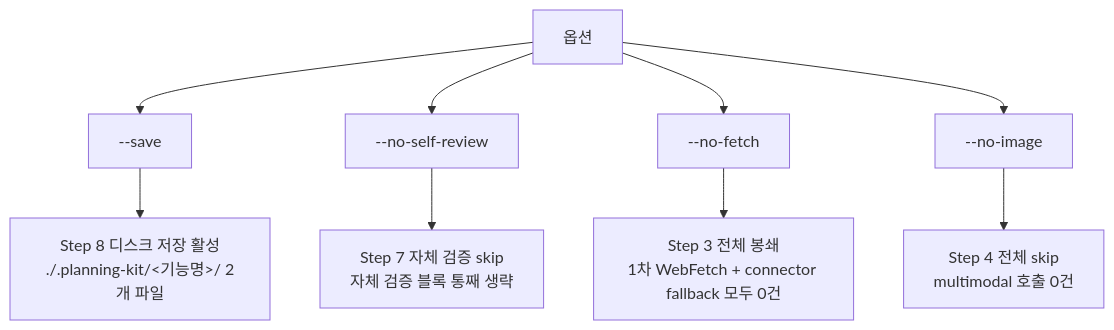
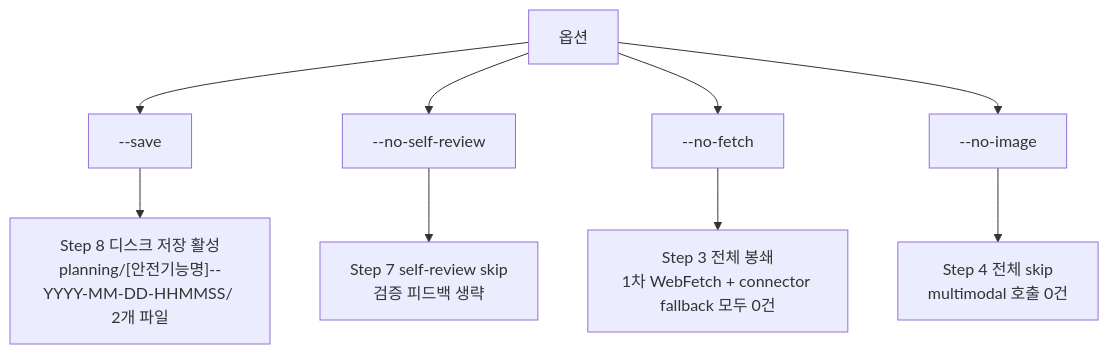
Diagram 11 of 11 in planning-kit/docs/planning-format-workflow.md (inkwonjung-colosseum/plugins), drawn with Mermaid before and after one commit. The commit also changed other lines of this file and 24 other files, not shown here.

Commit message:
chore: release planning-kit 0.2.9

````diff
--- a/planning-kit/docs/planning-format-workflow.md
+++ b/planning-kit/docs/planning-format-workflow.md
@@ -305,12 +306,12 @@
 ```mermaid
 flowchart TD
   OPT[옵션] --> O1[--save]
   OPT --> O2[--no-self-review]
   OPT --> O3[--no-fetch]
   OPT --> O4[--no-image]
 
-  O1 --> E1["Step 8 디스크 저장 활성<br/>./.planning-kit/&lt;기능명&gt;/ 2개 파일"]
-  O2 --> E2[Step 7 자체 검증 skip<br/>자체 검증 블록 통째 생략]
+  O1 --> E1["Step 8 디스크 저장 활성<br/>planning/[안전기능명]--YYYY-MM-DD-HHMMSS/ 2개 파일"]
+  O2 --> E2["Step 7 self-review skip<br/>검증 피드백 생략"]
   O3 --> E3[Step 3 전체 봉쇄<br/>1차 WebFetch + connector fallback 모두 0건]
   O4 --> E4[Step 4 전체 skip<br/>multimodal 호출 0건]
 ```
````
